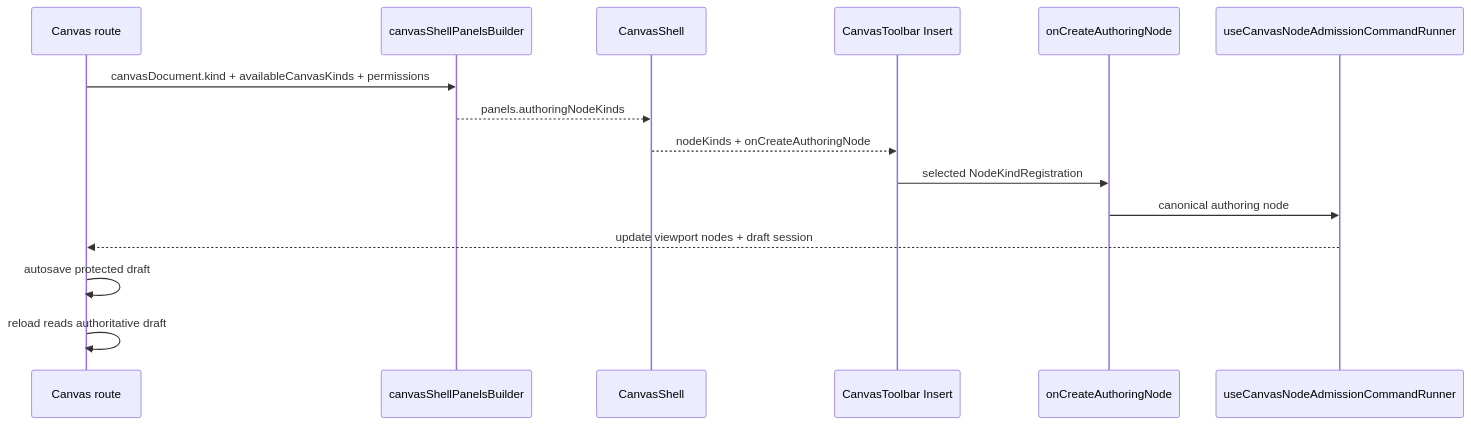
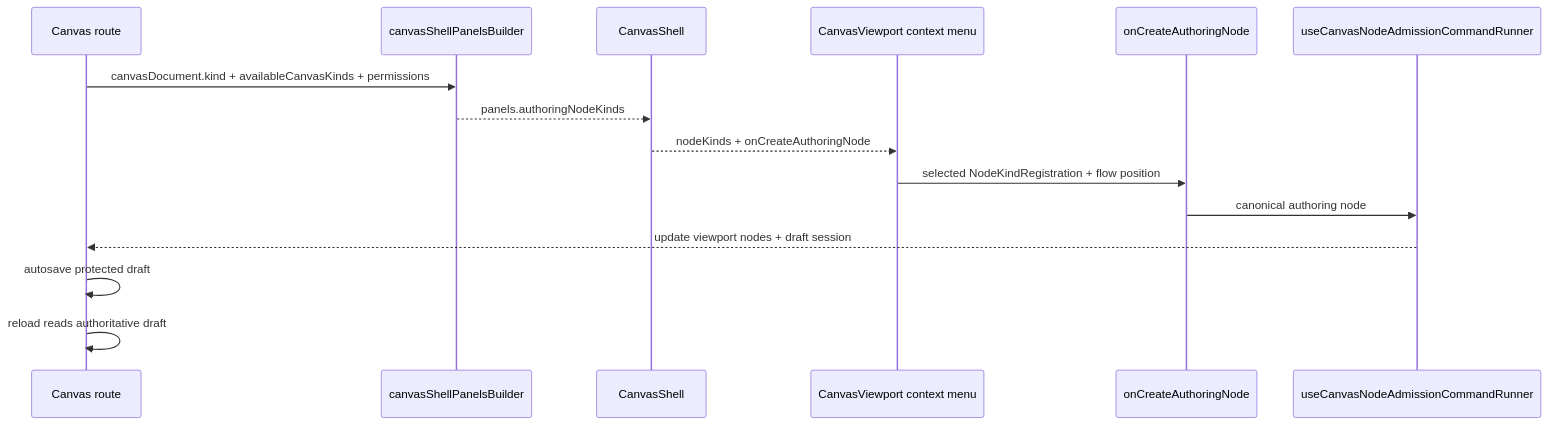
The second of 2 diagrams in docs/architecture/components/web/graph/canvas-ready-node-authoring-entrypoint-component.md (dunay2/dvt), drawn with Mermaid before and after one commit. The commit also changed other lines of this file and 46 other files, not shown here.

Commit message:
refactor(web): Retire fixed canvas add-node palette

````diff
--- a/docs/architecture/components/web/graph/canvas-ready-node-authoring-entrypoint-component.md
+++ b/docs/architecture/components/web/graph/canvas-ready-node-authoring-entrypoint-component.md
@@ -92,18 +90,18 @@
 ```mermaid
 sequenceDiagram
   participant Route as Canvas route
   participant Builder as canvasShellPanelsBuilder
   participant Shell as CanvasShell
-  participant Insert as CanvasToolbar Insert
+  participant Viewport as CanvasViewport context menu
   participant Command as onCreateAuthoringNode
   participant Admission as useCanvasNodeAdmissionCommandRunner
 
   Route->>Builder: canvasDocument.kind + availableCanvasKinds + permissions
   Builder-->>Shell: panels.authoringNodeKinds
-  Shell-->>Insert: nodeKinds + onCreateAuthoringNode
-  Insert->>Command: selected NodeKindRegistration
+  Shell-->>Viewport: nodeKinds + onCreateAuthoringNode
+  Viewport->>Command: selected NodeKindRegistration + flow position
   Command->>Admission: canonical authoring node
   Admission-->>Route: update viewport nodes + draft session
   Route->>Route: autosave protected draft
   Route->>Route: reload reads authoritative draft
 ```
````
